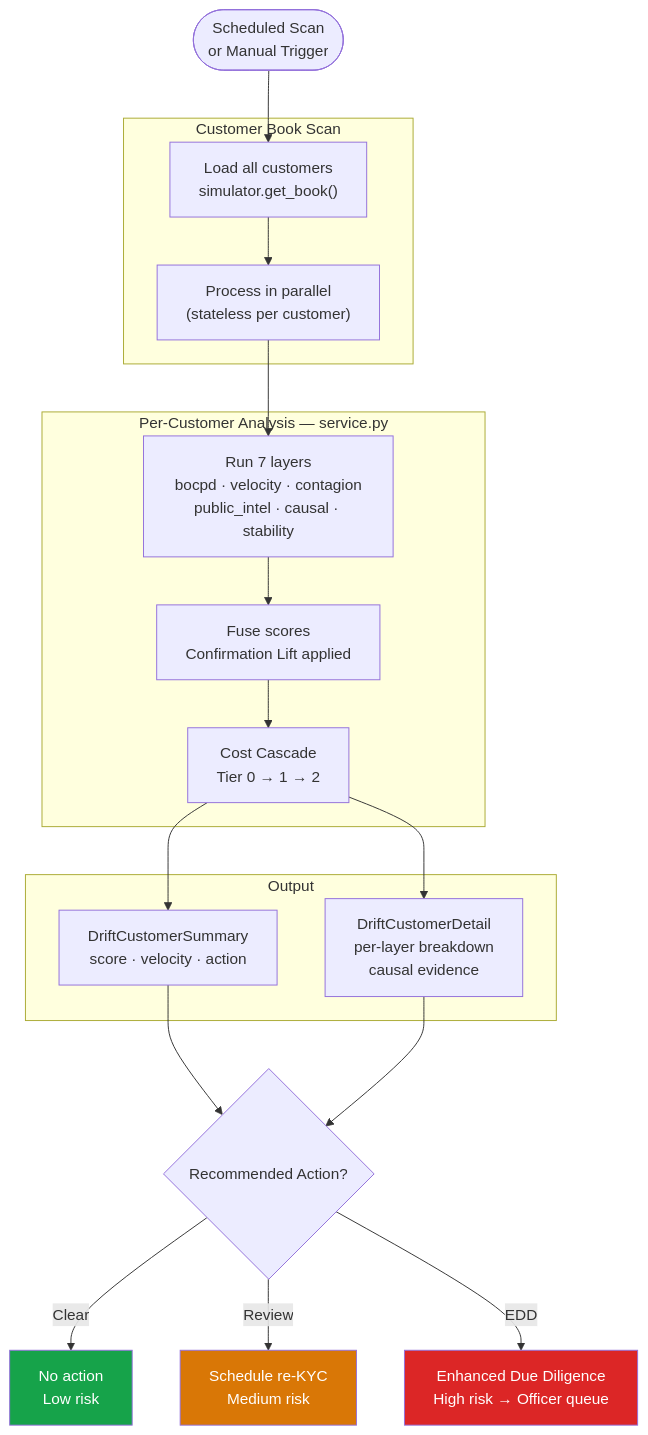
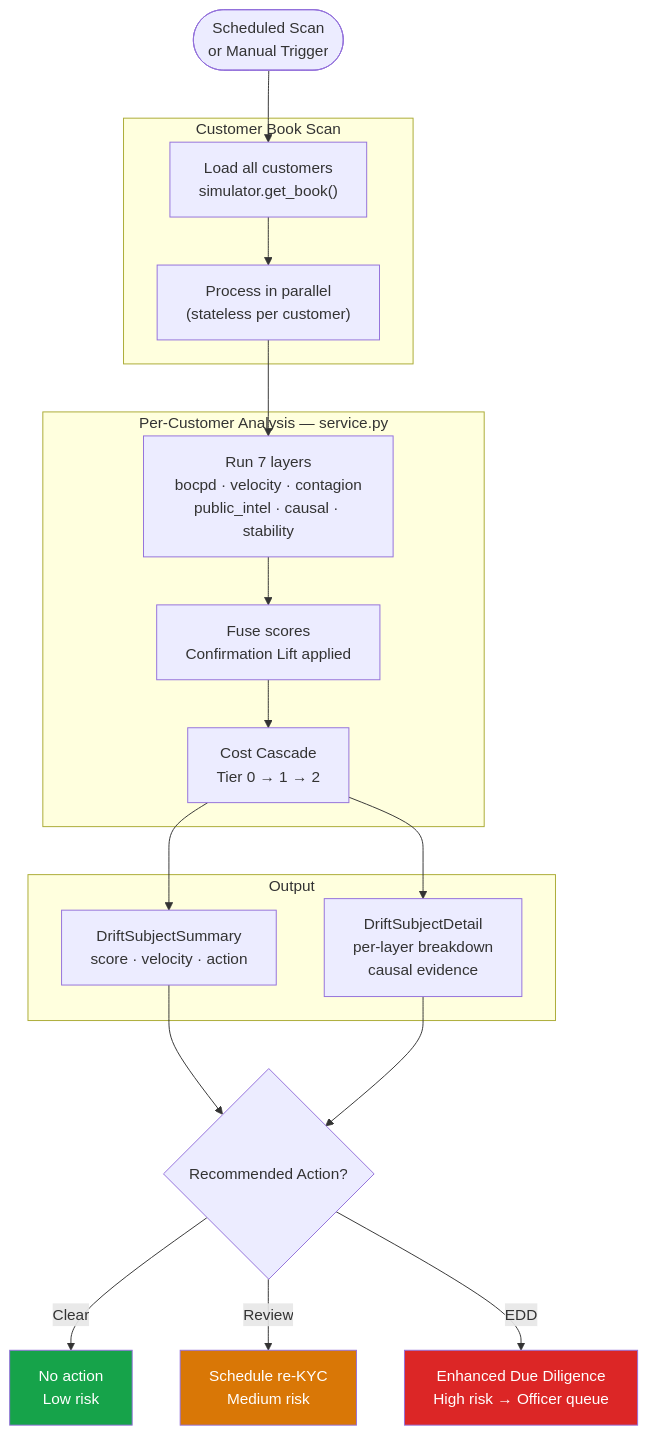
One commit to SteveDok22/Swisshacks-2026 changed the fourth of 6 diagrams in docs/flows.md. Above: the diagram before and after it, drawn with Mermaid. The commit also changed other lines of this file and 9 other files, not shown here.

First line of the commit message:
fix(drift): complete rename to subject/drift terminology

````diff
--- a/docs/flows.md
+++ b/docs/flows.md
@@ -127,41 +127,41 @@
 ```mermaid
 flowchart TD
     Trigger(["Scheduled Scan\nor Manual Trigger"])
 
     subgraph Scan["Customer Book Scan"]
         All["Load all customers\nsimulator.get_book()"]
         Para["Process in parallel\n(stateless per customer)"]
     end
 
     subgraph Analyze["Per-Customer Analysis — service.py"]
         Layers["Run 7 layers\nbocpd · velocity · contagion\npublic_intel · causal · stability"]
         Fuse["Fuse scores\nConfirmation Lift applied"]
         Route["Cost Cascade\nTier 0 → 1 → 2"]
     end
 
     subgraph Output["Output"]
-        Summary["DriftCustomerSummary\nscore · velocity · action"]
-        Detail["DriftCustomerDetail\nper-layer breakdown\ncausal evidence"]
+        Summary["DriftSubjectSummary\nscore · velocity · action"]
+        Detail["DriftSubjectDetail\nper-layer breakdown\ncausal evidence"]
     end
 
     Action{Recommended Action?}
 
     Clear["No action\nLow risk"]
     Review["Schedule re-KYC\nMedium risk"]
     Escalate["Enhanced Due Diligence\nHigh risk → Officer queue"]
 
     Trigger --> All
     All --> Para
     Para --> Layers
     Layers --> Fuse
     Fuse --> Route
     Route --> Summary & Detail
     Summary & Detail --> Action
     Action -->|Clear| Clear
     Action -->|Review| Review
     Action -->|EDD| Escalate
 
     style Clear fill:#16a34a,color:#fff
     style Review fill:#d97706,color:#fff
     style Escalate fill:#dc2626,color:#fff
 ```
````
